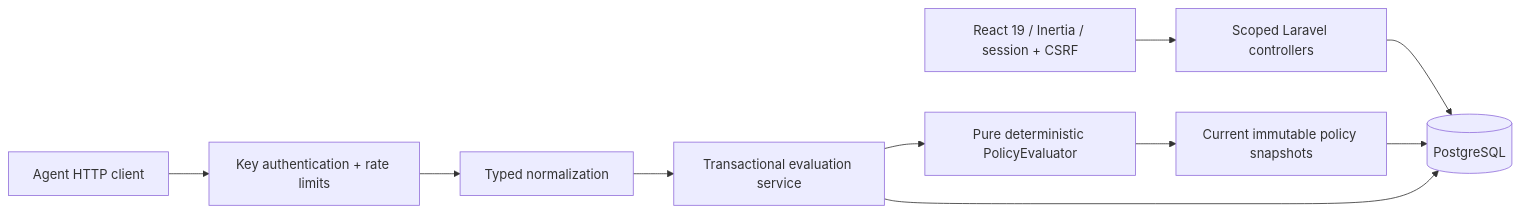
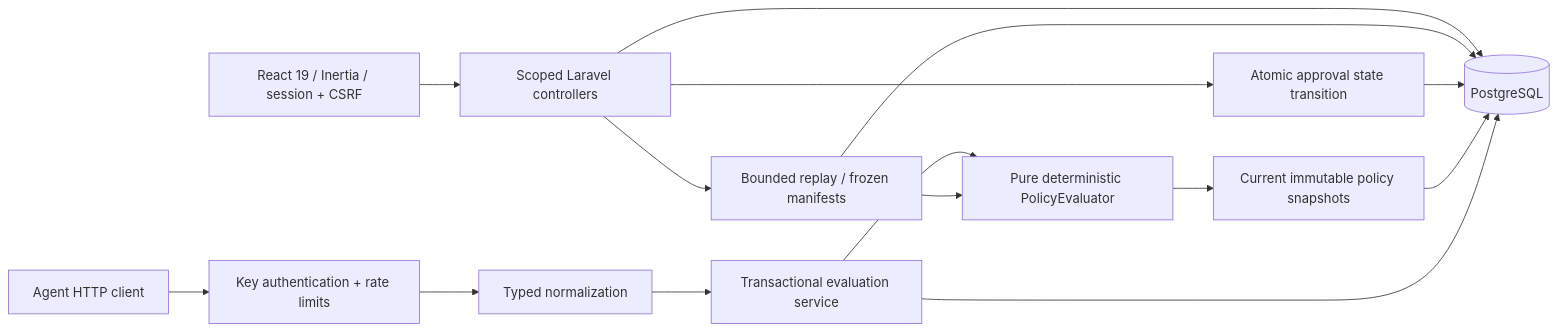
The diagram in README.md (HIZMALI/ScopeTwin), drawn with Mermaid before and after one commit. The commit also changed other lines of this file and 52 other files, not shown here.

````diff
--- a/README.md
+++ b/README.md
@@ -115,12 +132,17 @@
 ```mermaid
 flowchart LR
   Browser[React 19 / Inertia / session + CSRF] --> UI[Scoped Laravel controllers]
   Agent[Agent HTTP client] --> Auth[Key authentication + rate limits]
   Auth --> Input[Typed normalization]
   Input --> Service[Transactional evaluation service]
   Service --> Engine[Pure deterministic PolicyEvaluator]
   Engine --> Snapshots[Current immutable policy snapshots]
   UI --> DB[(PostgreSQL)]
+  UI --> Replay[Bounded replay / frozen manifests]
+  Replay --> Engine
+  Replay --> DB
+  UI --> Approval[Atomic approval state transition]
+  Approval --> DB
   Snapshots --> DB
   Service --> DB
 ```
````
